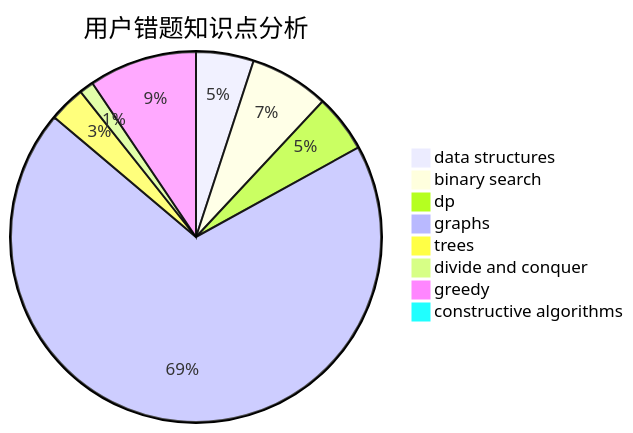
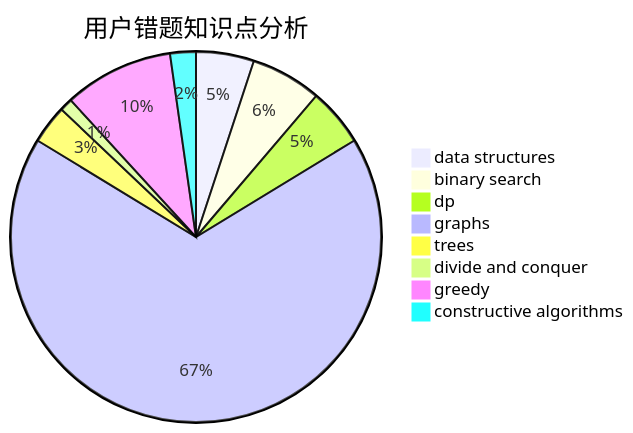
One commit to sherpahu/cfrs.github.io changed the third of 3 diagrams in docs/user/u1850.md. Above: the diagram before and after it, drawn with Mermaid. The commit also changed other lines of this file and 2770 other files, not shown here.

````diff
--- a/docs/user/u1850.md
+++ b/docs/user/u1850.md
@@ -36,11 +36,11 @@
 ```mermaid
 pie title 用户错题知识点分析
-    "data structures" :  8
+    "data structures" :  9
     "binary search" :  11
-    "dp" :  8
-    "graphs" :  110
-    "trees" :  5
+    "dp" :  9
+    "graphs" :  120
+    "trees" :  6
     "divide and conquer" :  2
-    "greedy" :  15
-    "constructive algorithms" :  0
+    "greedy" :  17
+    "constructive algorithms" :  4
 ```
````
